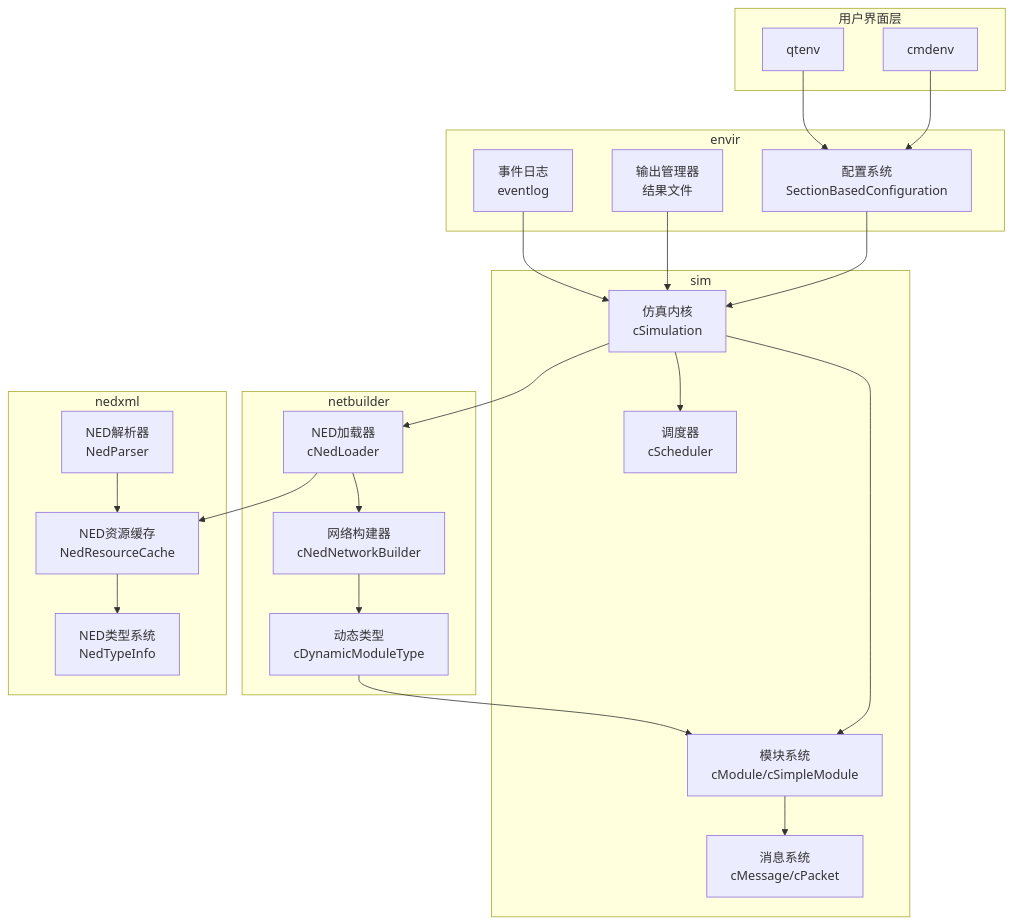
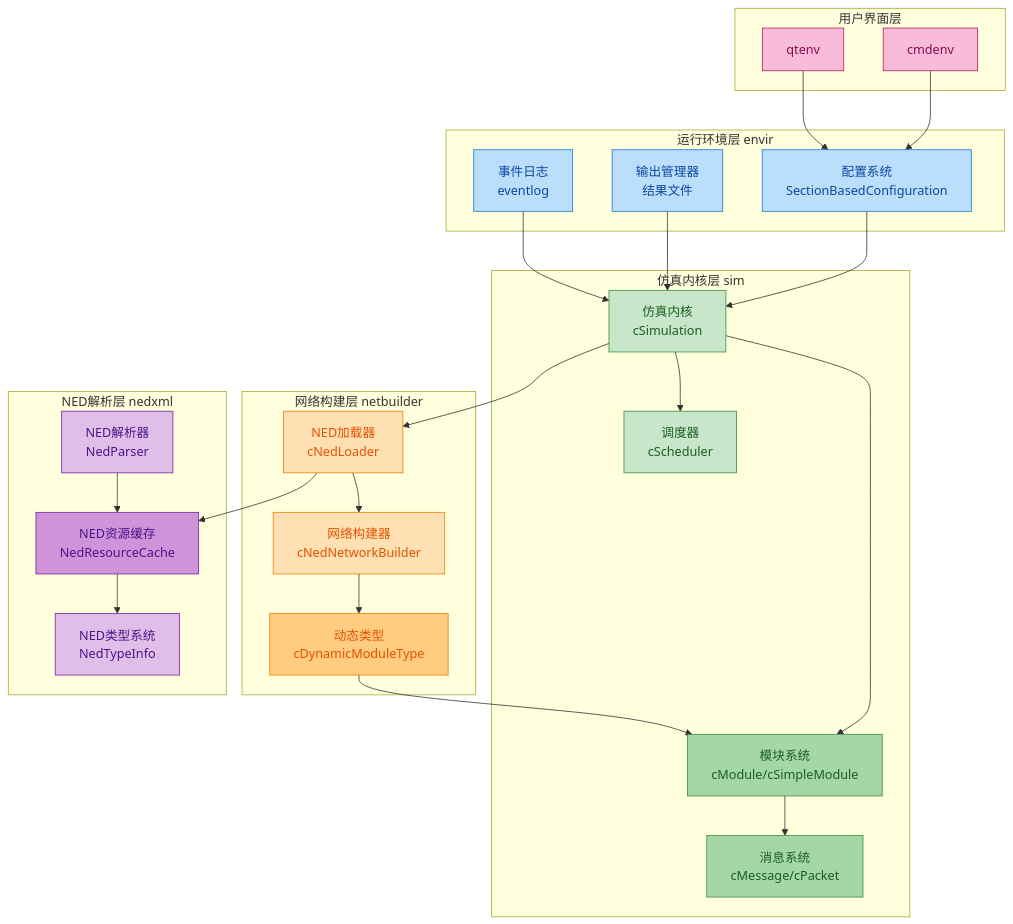
The third of 15 diagrams in doc/design/sim-doc-redesign.md (GavinSil/omnetpp), drawn with Mermaid before and after one commit. The commit also changed other lines of this file, not shown here.

First line of the commit message:
docs: update sim documentation redesign spec

````diff
--- a/doc/design/sim-doc-redesign.md
+++ b/doc/design/sim-doc-redesign.md
@@ -1065,52 +1014,77 @@
 ```mermaid
 graph TB
-    subgraph 用户界面层
+    subgraph UI["用户界面层"]
         CMDENV[cmdenv]
         QTENV[qtenv]
     end
-    
-    subgraph 运行环境层[envir]
-        CONFIG[配置系统<br/>SectionBasedConfiguration]
-        OUTPUT[输出管理器<br/>结果文件]
-        LOG[事件日志<br/>eventlog]
+
+    subgraph ENVIR["运行环境层 envir"]
+        CONFIG["配置系统<br/>SectionBasedConfiguration"]
+        OUTPUT["输出管理器<br/>结果文件"]
+        LOG["事件日志<br/>eventlog"]
     end
-    
-    subgraph 仿真内核层[sim]
-        SIM[仿真内核<br/>cSimulation]
-        SCHED[调度器<br/>cScheduler]
-        MODULE[模块系统<br/>cModule/cSimpleModule]
-        MSG[消息系统<br/>cMessage/cPacket]
+
+    subgraph SIM["仿真内核层 sim"]
+        SIMCORE["仿真内核<br/>cSimulation"]
+        SCHED["调度器<br/>cScheduler"]
+        MODULE["模块系统<br/>cModule/cSimpleModule"]
+        MSG["消息系统<br/>cMessage/cPacket"]
     end
-    
-    subgraph 网络构建层[netbuilder]
-        NEDLOAD[NED加载器<br/>cNedLoader]
-        NETBUILD[网络构建器<br/>cNedNetworkBuilder]
-        DYNTYPE[动态类型<br/>cDynamicModuleType]
+
+    subgraph NETBUILD["网络构建层 netbuilder"]
+        NEDLOAD["NED加载器<br/>cNedLoader"]
+        NETBUILDER["网络构建器<br/>cNedNetworkBuilder"]
+        DYNTYPE["动态类型<br/>cDynamicModuleType"]
     end
-    
-    subgraph NED解析层[nedxml]
-        NEDPARSER[NED解析器<br/>NedParser]
-        NEDTYPE[NED类型系统<br/>NedTypeInfo]
-        NEDCACHE[NED资源缓存<br/>NedResourceCache]
+
+    subgraph NEDXML["NED解析层 nedxml"]
+        NEDPARSER["NED解析器<br/>NedParser"]
+        NEDTYPE["NED类型系统<br/>NedTypeInfo"]
+        NEDCACHE["NED资源缓存<br/>NedResourceCache"]
     end
-    
+
     CMDENV --> CONFIG
     QTENV --> CONFIG
-    
-    CONFIG --> SIM
-    OUTPUT --> SIM
-    LOG --> SIM
-    
-    SIM --> SCHED
-    SIM --> MODULE
+
+    CONFIG --> SIMCORE
+    OUTPUT --> SIMCORE
+    LOG --> SIMCORE
+
+    SIMCORE --> SCHED
+    SIMCORE --> MODULE
     MODULE --> MSG
-    
-    SIM --> NEDLOAD
-    NEDLOAD --> NETBUILD
-    NETBUILD --> DYNTYPE
+
+    SIMCORE --> NEDLOAD
+    NEDLOAD --> NETBUILDER
+    NETBUILDER --> DYNTYPE
     DYNTYPE --> MODULE
-    
+
     NEDLOAD --> NEDCACHE
     NEDCACHE --> NEDTYPE
     NEDPARSER --> NEDCACHE
+
+    %% 用户界面层 - 粉色系
+    style CMDENV fill:#f8bbd9,stroke:#C2185B,color:#880E4F
+    style QTENV fill:#f8bbd9,stroke:#C2185B,color:#880E4F
+
+    %% 运行环境层 - 蓝色系
+    style CONFIG fill:#bbdefb,stroke:#1976D2,color:#0D47A1
+    style OUTPUT fill:#bbdefb,stroke:#1976D2,color:#0D47A1
+    style LOG fill:#bbdefb,stroke:#1976D2,color:#0D47A1
+
+    %% 仿真内核层 - 绿色系
+    style SIMCORE fill:#c8e6c9,stroke:#388E3C,color:#1B5E20
+    style SCHED fill:#c8e6c9,stroke:#388E3C,color:#1B5E20
+    style MODULE fill:#a5d6a7,stroke:#388E3C,color:#1B5E20
+    style MSG fill:#a5d6a7,stroke:#388E3C,color:#1B5E20
+
+    %% 网络构建层 - 橙色系
+    style NEDLOAD fill:#ffe0b2,stroke:#F57C00,color:#E65100
+    style NETBUILDER fill:#ffe0b2,stroke:#F57C00,color:#E65100
+    style DYNTYPE fill:#ffcc80,stroke:#F57C00,color:#E65100
+
+    %% NED解析层 - 紫色系
+    style NEDPARSER fill:#e1bee7,stroke:#7B1FA2,color:#4A148C
+    style NEDTYPE fill:#e1bee7,stroke:#7B1FA2,color:#4A148C
+    style NEDCACHE fill:#ce93d8,stroke:#7B1FA2,color:#4A148C
 ```
````
